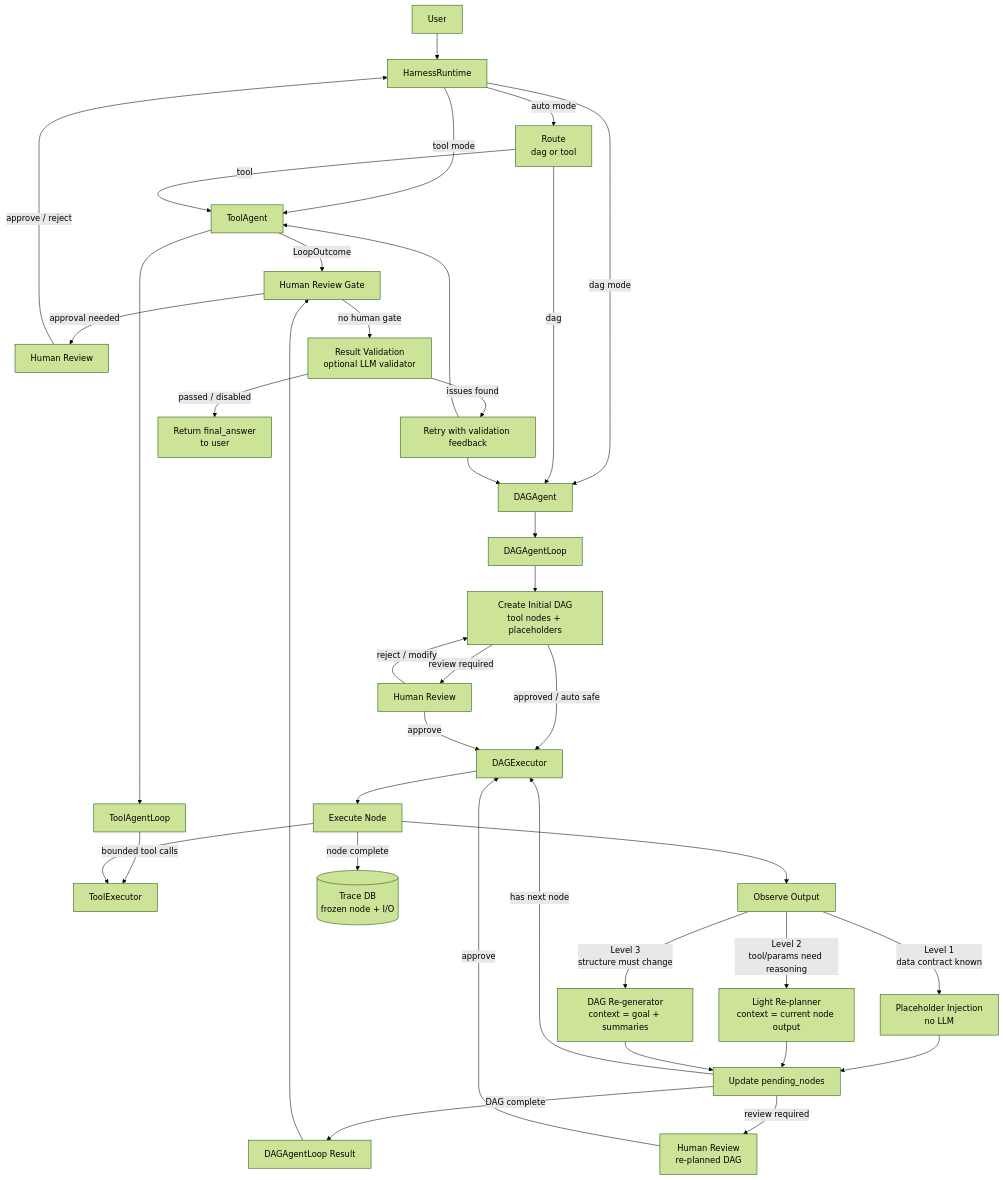
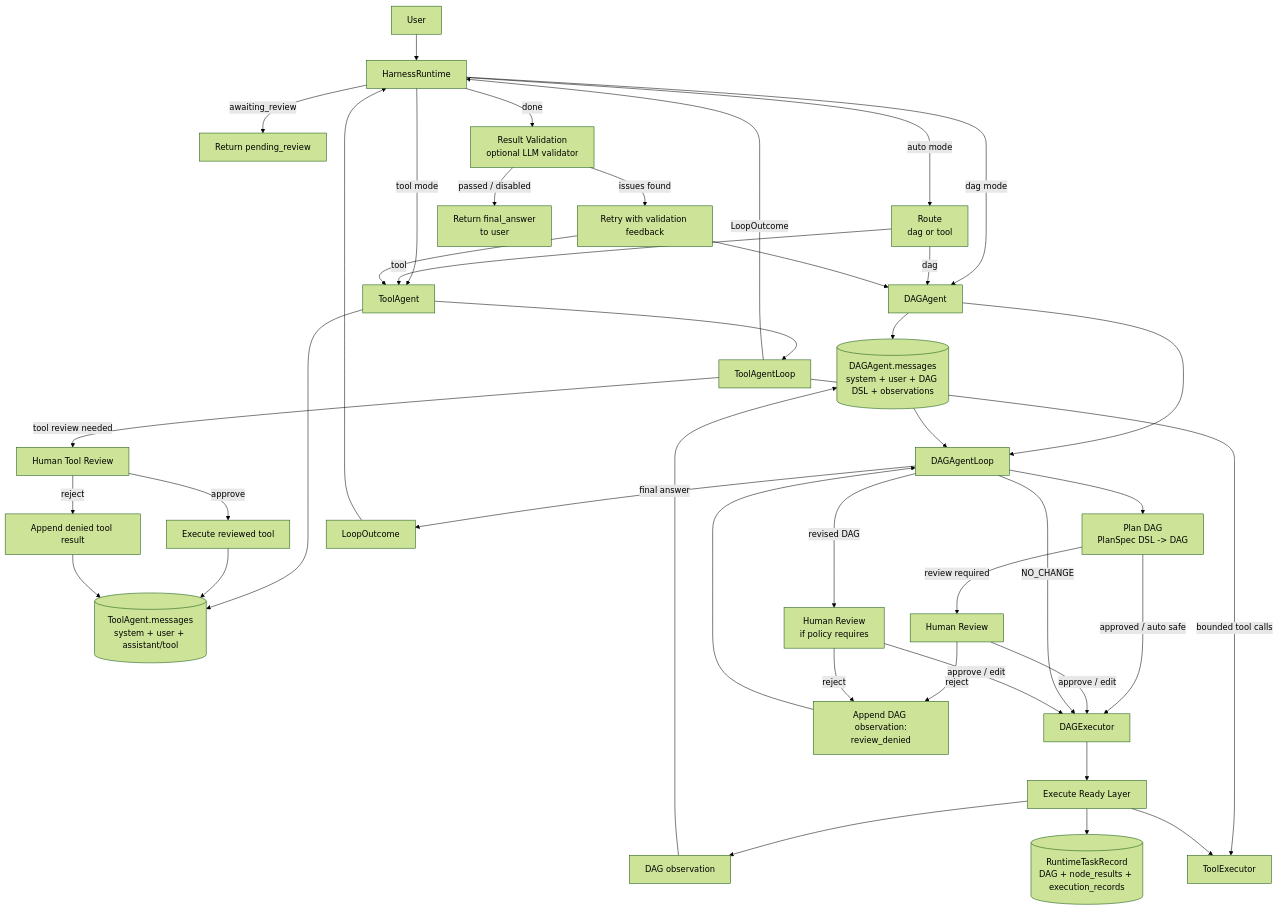
The diagram in README.md (RobotSe7en/dagent), drawn with Mermaid (forest theme) before and after one commit. The commit also changed other lines of this file and 1 other file, not shown here.

Commit message:
Refresh architecture docs for agent threads

````diff
--- a/README.md
+++ b/README.md
@@ -52,50 +56,50 @@
 ```mermaid
 flowchart TD
   U["User"] --> R["HarnessRuntime"]
   R -->|"auto mode"| ROUTE["Route\ndag or tool"]
   R -->|"tool mode"| TA["ToolAgent"]
   R -->|"dag mode"| DA["DAGAgent"]
 
   ROUTE -->|"tool"| TA
   ROUTE -->|"dag"| DA
 
+  TA --> TM[("ToolAgent.messages\nsystem + user + assistant/tool")]
   TA --> TAL["ToolAgentLoop"]
   TAL -->|"bounded tool calls"| T["ToolExecutor"]
-  TA -->|"LoopOutcome"| G["Human Review Gate"]
+  TAL -->|"tool review needed"| TRV["Human Tool Review"]
+  TRV -->|"approve"| TEX["Execute reviewed tool"]
+  TRV -->|"reject"| TDENY["Append denied tool result"]
+  TEX --> TM
+  TDENY --> TM
+  TAL -->|"LoopOutcome"| R
 
+  DA --> DM[("DAGAgent.messages\nsystem + user + DAG DSL + observations")]
   DA --> DAL["DAGAgentLoop"]
-  DAL --> D["Create Initial DAG\ntool nodes + placeholders"]
+  DAL --> D["Plan DAG\nPlanSpec DSL -> DAG"]
 
   D -->|"review required"| UI["Human Review"]
   D -->|"approved / auto safe"| E["DAGExecutor"]
-  UI -->|"approve"| E
-  UI -->|"reject / modify"| D
+  UI -->|"approve / edit"| E
+  UI -->|"reject"| DENY["Append DAG observation:\nreview_denied"]
+  DENY --> DAL
 
-  E --> N["Execute Node"]
+  E --> N["Execute Ready Layer"]
   N --> T
-  N --> OBS["Observe Output"]
-  N -->|"node complete"| TR[("Trace DB\nfrozen node + I/O")]
+  N --> ER[("RuntimeTaskRecord\nDAG + node_results + execution_records")]
+  N --> OBS["DAG observation"]
+  OBS --> DM
+  DM --> DAL
+  DAL -->|"NO_CHANGE"| E
+  DAL -->|"revised DAG"| UI2["Human Review\nif policy requires"]
+  UI2 -->|"approve / edit"| E
+  UI2 -->|"reject"| DENY
+  DAL -->|"final answer"| DR["LoopOutcome"]
+  DR --> R
 
-  OBS -->|"Level 1\ndata contract known"| INJ["Placeholder Injection\nno LLM"]
-  OBS -->|"Level 2\ntool/params need reasoning"| RP["Light Re-planner\ncontext = current node output"]
-  OBS -->|"Level 3\nstructure must change"| RG["DAG Re-generator\ncontext = goal + summaries"]
-
-  INJ --> NXT["Update pending_nodes"]
-  RP --> NXT
-  RG --> NXT
-
-  NXT -->|"has next node"| E
-  NXT -->|"review required"| UI2["Human Review\nre-planned DAG"]
-  UI2 -->|"approve"| E
-
-  NXT -->|"DAG complete"| DR["DAGAgentLoop Result"]
-  DR --> G
-
-  G -->|"approval needed"| UI3["Human Review"]
-  UI3 -->|"approve / reject"| R
-  G -->|"no human gate"| V["Result Validation\noptional LLM validator"]
+  R -->|"awaiting_review"| UIWAIT["Return pending_review"]
+  R -->|"done"| V["Result Validation\noptional LLM validator"]
   V -->|"issues found"| RTRY["Retry with validation feedback"]
   RTRY --> TA
   RTRY --> DA
   V -->|"passed / disabled"| O["Return final_answer\nto user"]
 ```
````
